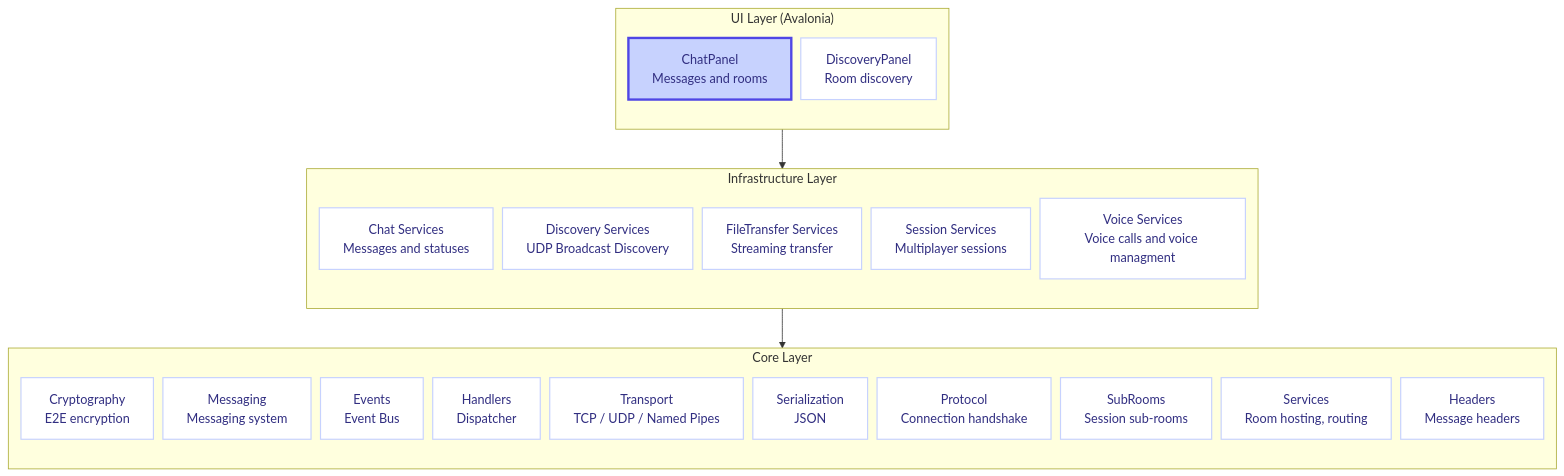
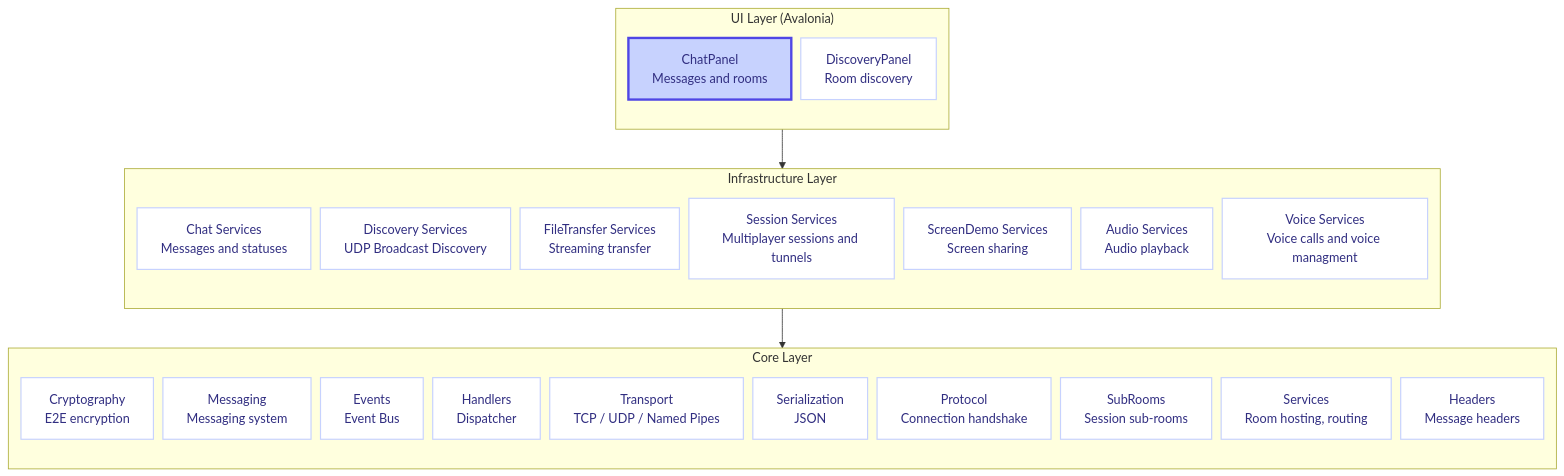
One commit to MIN-Corp/MIN changed the first of 6 diagrams in README.md. Above: the diagram before and after it, drawn with Mermaid. The commit also changed other lines of this file and 241 other files, not shown here.

````diff
--- a/README.md
+++ b/README.md
@@ -70,47 +75,49 @@
 ```mermaid
 flowchart TB
     %%{init: {'flowchart': {'nodeSpacing': 12}}}%%
     classDef uiLayer fill:#dbeafe,stroke:#3b82f6,stroke-width:2px,color:#1e40af
     classDef infraLayer fill:#e0e7ff,stroke:#4f46e5,stroke-width:2px,color:#3730a3
     classDef coreLayer fill:#ede9fe,stroke:#7c3aed,stroke-width:2px,color:#5b21b6
     classDef component fill:#ffffff,stroke:#c7d2fe,stroke-width:1.5px,color:#312e81
     classDef highlight fill:#c7d2fe,stroke:#4f46e5,stroke-width:3px,color:#312e81
     
     subgraph UI["UI Layer (Avalonia)"]
         direction TB
         A["ChatPanel<br>Messages and rooms"]
         B["DiscoveryPanel<br>Room discovery"]
     end
     
     subgraph INF["Infrastructure Layer"]
         direction TB
         C["Chat Services<br>Messages and statuses"]
         D["Discovery Services<br>UDP Broadcast Discovery"]
         E["FileTransfer Services<br>Streaming transfer"]
-        F["Session Services<br>Multiplayer sessions"]
+        F["Session Services<br>Multiplayer sessions and tunnels"]
+        SD["ScreenDemo Services<br>Screen sharing"]
+        AU["Audio Services<br>Audio playback"]
         V["Voice Services<br>Voice calls and voice managment"]
     end
     
     subgraph CORE["Core Layer"]
         direction TB
         G["Cryptography<br>E2E encryption"]
         H["Messaging<br>Messaging system"]
         I["Events<br>Event Bus"]
         J["Handlers<br>Dispatcher"]
         K["Transport<br>TCP / UDP / Named Pipes"]
         L["Serialization<br>JSON"]
         M["Protocol<br>Connection handshake"]
         N["SubRooms<br>Session sub-rooms"]
         O["Services<br>Room hosting, routing"]
         P["Headers<br>Message headers"]
     end
     
     class A highlight;
-    class B,C,D,E,F,V,G,H,I,J,K,L,M,N,O,P component
+    class B,C,D,E,F,V,SD,AU,G,H,I,J,K,L,M,N,O,P component
     class UI uiLayer;
     class INF infraLayer;
     class CORE coreLayer
     
     UI --> INF
     INF --> CORE
 ```
````
